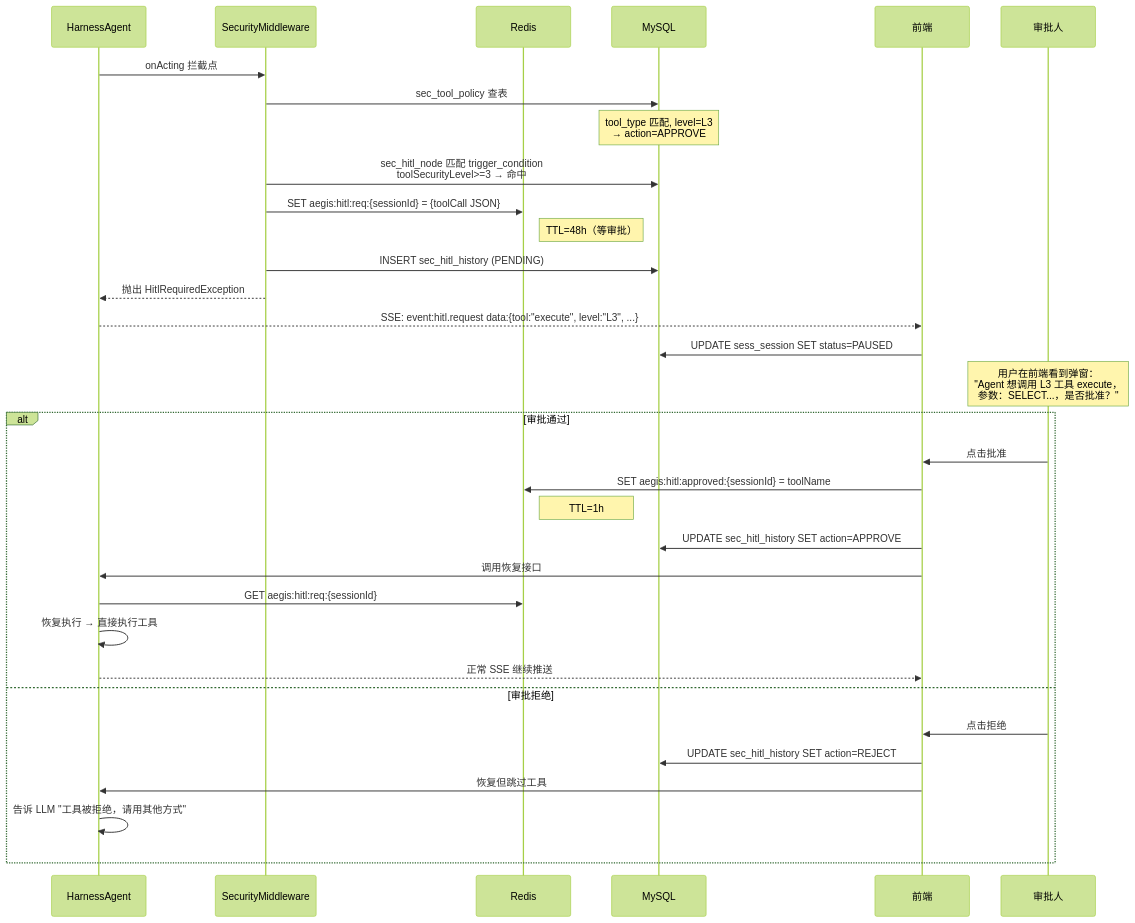
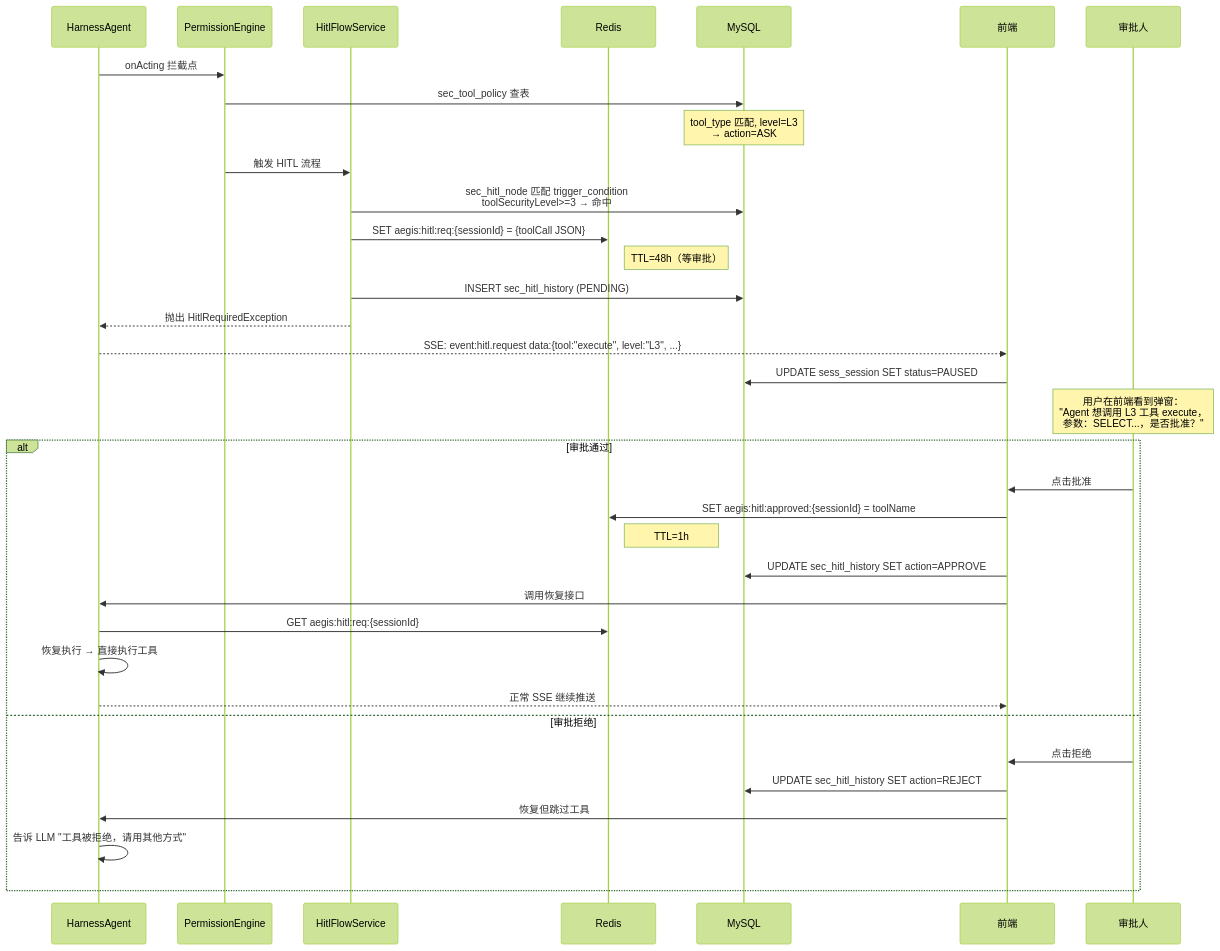
Before and after one commit to HarnessAgentStack/AegisAgent: the tenth of 11 diagrams in docs/runtime-execution-flow.md, drawn with Mermaid (forest theme). The commit also changed other lines of this file and 5 other files, not shown here.

````diff
--- a/docs/runtime-execution-flow.md
+++ b/docs/runtime-execution-flow.md
@@ -496,41 +487,43 @@
 ```mermaid
 sequenceDiagram
     participant AS as HarnessAgent
-    participant MW as SecurityMiddleware
+    participant PE as PermissionEngine
+    participant HF as HitlFlowService
     participant Redis as Redis
     participant MySQL as MySQL
     participant FE as 前端
     participant User as 审批人
 
-    AS->>MW: onActing 拦截点
-    MW->>MySQL: sec_tool_policy 查表
-    Note over MySQL: tool_type 匹配, level=L3<br/>→ action=APPROVE
-    MW->>MySQL: sec_hitl_node 匹配 trigger_condition<br/>toolSecurityLevel>=3 → 命中
+    AS->>PE: onActing 拦截点
+    PE->>MySQL: sec_tool_policy 查表
+    Note over MySQL: tool_type 匹配, level=L3<br/>→ action=ASK
+    PE->>HF: 触发 HITL 流程
+    HF->>MySQL: sec_hitl_node 匹配 trigger_condition<br/>toolSecurityLevel>=3 → 命中
 
-    MW->>Redis: SET aegis:hitl:req:{sessionId} = {toolCall JSON}
+    HF->>Redis: SET aegis:hitl:req:{sessionId} = {toolCall JSON}
     Note right of Redis: TTL=48h（等审批）
 
-    MW->>MySQL: INSERT sec_hitl_history (PENDING)
-    MW-->>AS: 抛出 HitlRequiredException
+    HF->>MySQL: INSERT sec_hitl_history (PENDING)
+    HF-->>AS: 抛出 HitlRequiredException
     AS-->>FE: SSE: event:hitl.request data:{tool:"execute", level:"L3", ...}
 
     FE->>MySQL: UPDATE sess_session SET status=PAUSED
 
     Note over User: 用户在前端看到弹窗：<br/>"Agent 想调用 L3 工具 execute，<br/>参数：SELECT...，是否批准？"
 
     alt 审批通过
         User->>FE: 点击批准
         FE->>Redis: SET aegis:hitl:approved:{sessionId} = toolName
         Note right of Redis: TTL=1h
         FE->>MySQL: UPDATE sec_hitl_history SET action=APPROVE
         FE->>AS: 调用恢复接口
         AS->>Redis: GET aegis:hitl:req:{sessionId}
         AS->>AS: 恢复执行 → 直接执行工具
         AS-->>FE: 正常 SSE 继续推送
     else 审批拒绝
         User->>FE: 点击拒绝
         FE->>MySQL: UPDATE sec_hitl_history SET action=REJECT
         FE->>AS: 恢复但跳过工具
         AS->>AS: 告诉 LLM "工具被拒绝，请用其他方式"
     end
 ```
````
